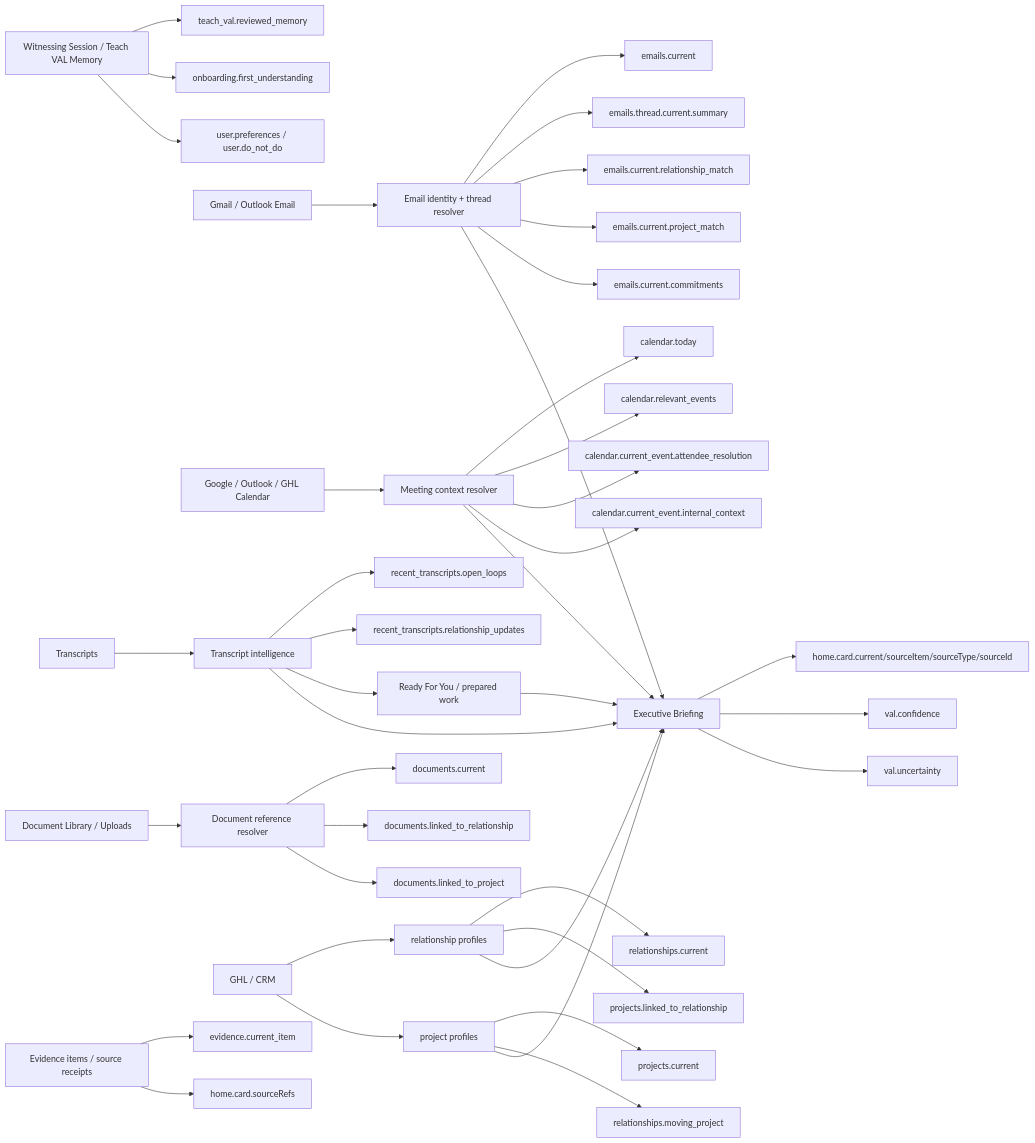
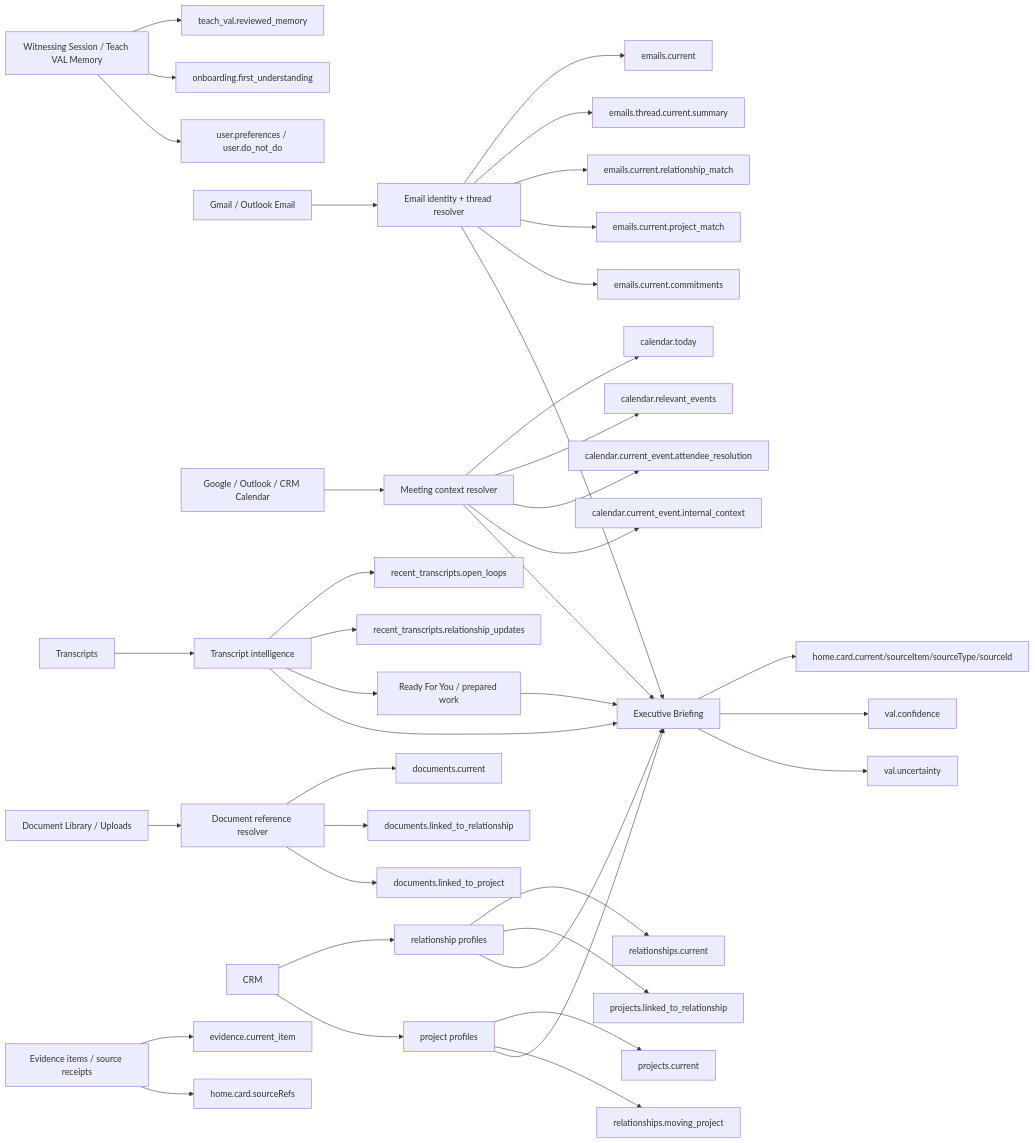
Before and after one commit to JessaGrace1221/jessa_VAL: the first of 3 diagrams in docs/HEARTH_TRUTH_LINEAGE_MAP.md, drawn with Mermaid. The commit also changed other lines of this file and 9 other files, not shown here.

Commit message:
Codify Stewardship reasoning architecture

````diff
--- a/docs/HEARTH_TRUTH_LINEAGE_MAP.md
+++ b/docs/HEARTH_TRUTH_LINEAGE_MAP.md
@@ -72,49 +74,49 @@
 ```mermaid
 flowchart LR
   Witnessing["Witnessing Session / Teach VAL Memory"] --> TeachMemory["teach_val.reviewed_memory"]
   Witnessing --> FirstUnderstanding["onboarding.first_understanding"]
   Witnessing --> Preferences["user.preferences / user.do_not_do"]
 
   Gmail["Gmail / Outlook Email"] --> EmailIdentity["Email identity + thread resolver"]
   EmailIdentity --> EmailsCurrent["emails.current"]
   EmailIdentity --> ThreadSummary["emails.thread.current.summary"]
   EmailIdentity --> RelationshipMatch["emails.current.relationship_match"]
   EmailIdentity --> ProjectMatch["emails.current.project_match"]
   EmailIdentity --> CommitmentsFromEmail["emails.current.commitments"]
 
-  Calendar["Google / Outlook / GHL Calendar"] --> MeetingContext["Meeting context resolver"]
+  Calendar["Google / Outlook / CRM Calendar"] --> MeetingContext["Meeting context resolver"]
   MeetingContext --> CalendarToday["calendar.today"]
   MeetingContext --> CalendarRelevant["calendar.relevant_events"]
   MeetingContext --> AttendeeResolution["calendar.current_event.attendee_resolution"]
   MeetingContext --> InternalContext["calendar.current_event.internal_context"]
 
   Transcripts["Transcripts"] --> TranscriptIntel["Transcript intelligence"]
   TranscriptIntel --> TranscriptOpenLoops["recent_transcripts.open_loops"]
   TranscriptIntel --> RelationshipUpdates["recent_transcripts.relationship_updates"]
   TranscriptIntel --> PreparedWork["Ready For You / prepared work"]
 
   Documents["Document Library / Uploads"] --> DocumentRefs["Document reference resolver"]
   DocumentRefs --> DocumentsCurrent["documents.current"]
   DocumentRefs --> DocumentsRel["documents.linked_to_relationship"]
   DocumentRefs --> DocumentsProject["documents.linked_to_project"]
 
-  GHL["GHL / CRM"] --> RelationshipProfiles["relationship profiles"]
-  GHL --> ProjectProfiles["project profiles"]
+  CRM["CRM"] --> RelationshipProfiles["relationship profiles"]
+  CRM --> ProjectProfiles["project profiles"]
   RelationshipProfiles --> RelationshipCurrent["relationships.current"]
   ProjectProfiles --> ProjectCurrent["projects.current"]
   RelationshipProfiles --> LinkedProjects["projects.linked_to_relationship"]
   ProjectProfiles --> MovingRelationships["relationships.moving_project"]
 
   Evidence["Evidence items / source receipts"] --> EvidenceCurrent["evidence.current_item"]
   Evidence --> HomeRefs["home.card.sourceRefs"]
 
   EmailIdentity --> ExecutiveBriefing["Executive Briefing"]
   MeetingContext --> ExecutiveBriefing
   TranscriptIntel --> ExecutiveBriefing
   RelationshipProfiles --> ExecutiveBriefing
   ProjectProfiles --> ExecutiveBriefing
   PreparedWork --> ExecutiveBriefing
   ExecutiveBriefing --> HomeCard["home.card.current/sourceItem/sourceType/sourceId"]
   ExecutiveBriefing --> Confidence["val.confidence"]
   ExecutiveBriefing --> Uncertainty["val.uncertainty"]
 ```
````
